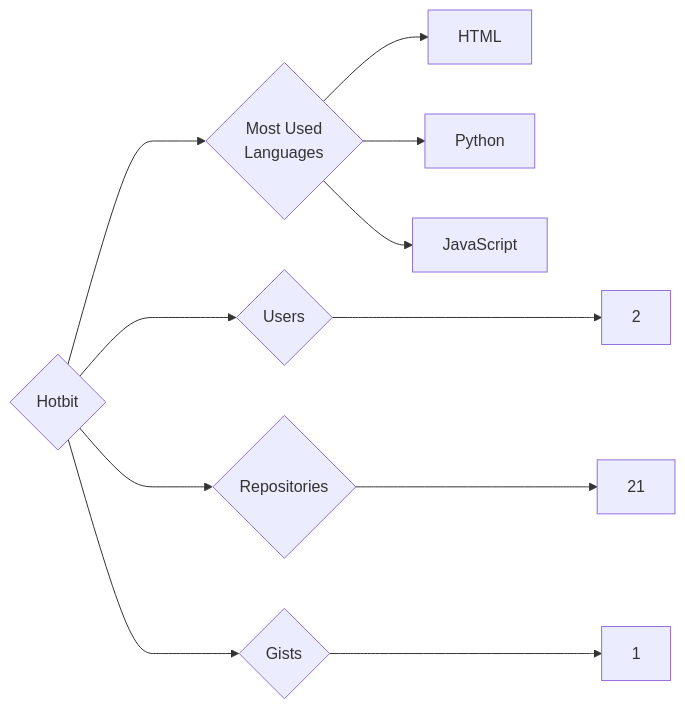
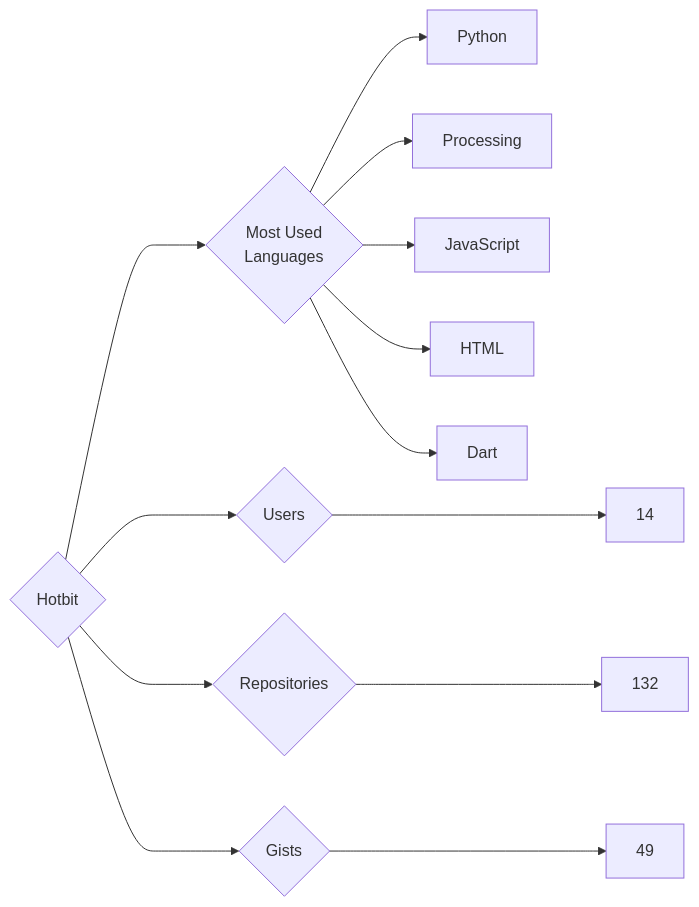
The diagram in targets/Hotbit/README.md (trickest/insiders), drawn with Mermaid before and after one commit. The commit also changed 859 other files, not shown here.

````diff
--- a/targets/Hotbit/README.md
+++ b/targets/Hotbit/README.md
@@ -3,11 +3,13 @@
 ```mermaid
 graph LR
 COMPANY_NAME{Hotbit}
-COMPANY_NAME ---> U{Users} ---> UN[2]
-COMPANY_NAME ---> R{Repositories} ---> RN[21]
-COMPANY_NAME ---> G{Gists} ---> GN[1]
+COMPANY_NAME ---> U{Users} ---> UN[14]
+COMPANY_NAME ---> R{Repositories} ---> RN[132]
+COMPANY_NAME ---> G{Gists} ---> GN[49]
 COMPANY_NAME ---> ML{Most Used<br>Languages}
+ML --> Python[Python]
+ML --> Processing[Processing]
+ML --> JavaScript[JavaScript]
 ML --> HTML[HTML]
-ML --> Python[Python]
-ML --> JavaScript[JavaScript]
+ML --> Dart[Dart]
 ```
````
